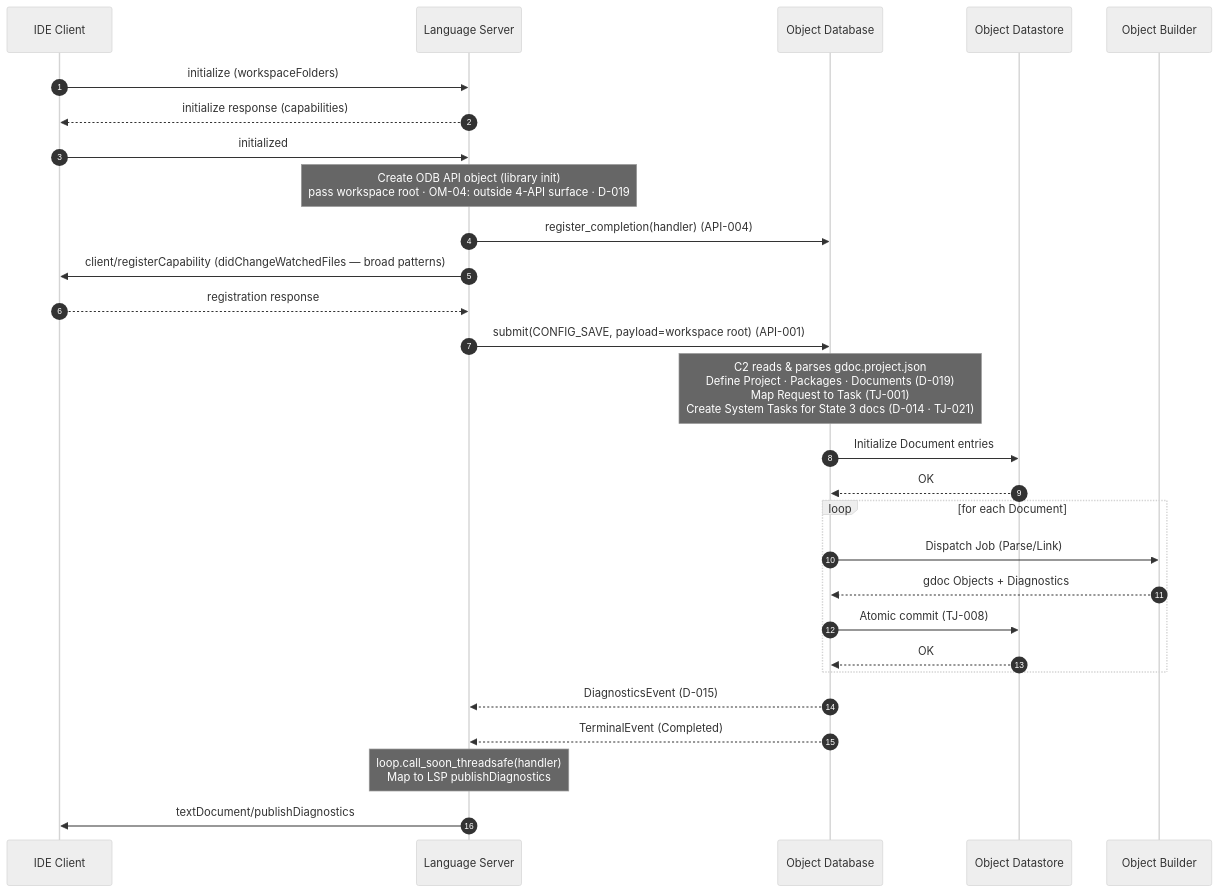
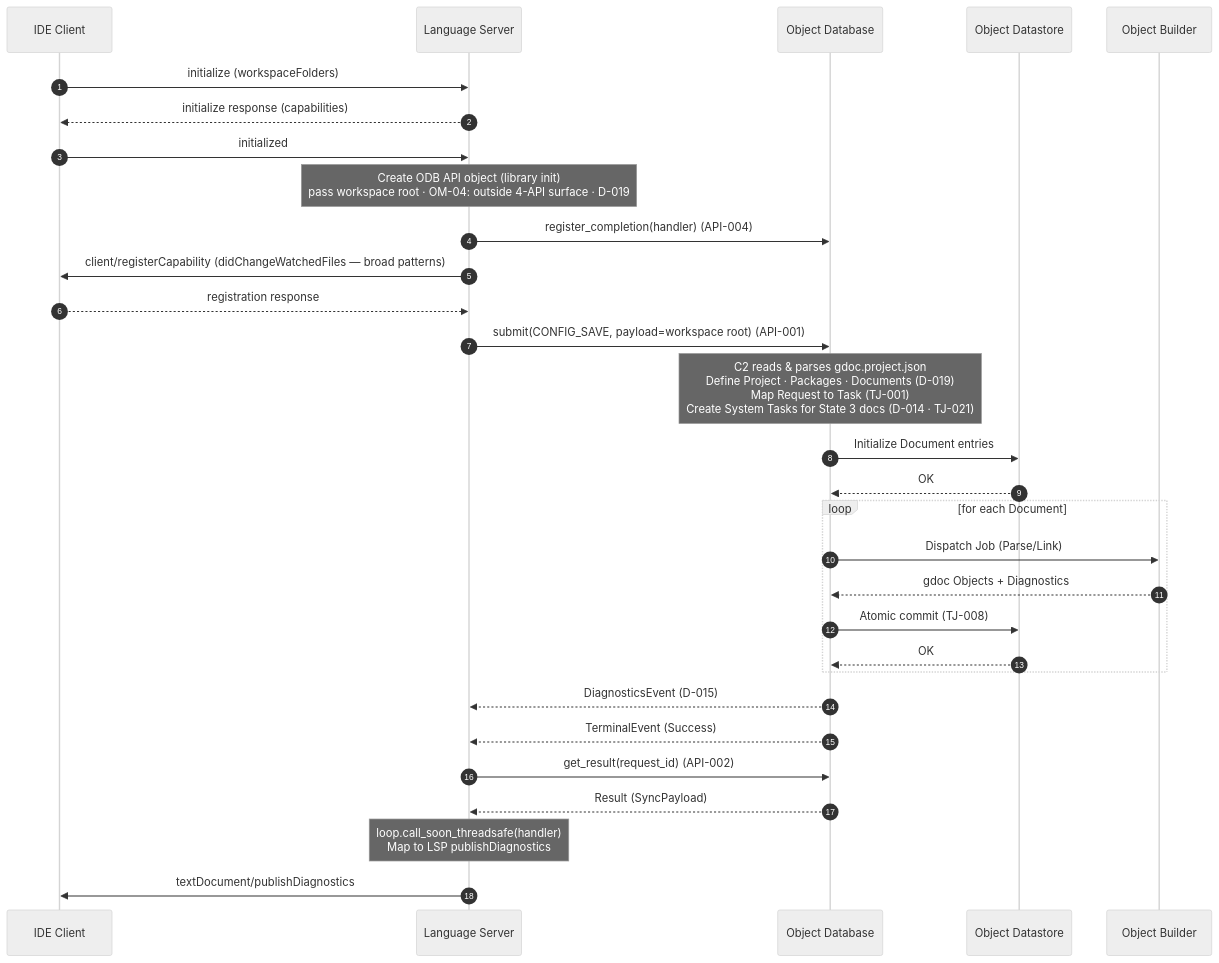
The diagram in docs/architecture/gdocServer/usecases/UC-001_OpenWorkspace.md (tyskdm/gdoc), drawn with Mermaid (neutral theme) before and after one commit. The commit also changed other lines of this file and 4 other files, not shown here.

````diff
--- a/docs/architecture/gdocServer/usecases/UC-001_OpenWorkspace.md
+++ b/docs/architecture/gdocServer/usecases/UC-001_OpenWorkspace.md
@@ -176,31 +184,33 @@
 ```mermaid
 sequenceDiagram
     autonumber
     participant IDE as IDE Client
     participant C1 as Language Server
     participant C2 as Object Database
     participant C3 as Object Datastore
     participant C4 as Object Builder
 
     IDE->>C1: initialize (workspaceFolders)
     C1-->>IDE: initialize response (capabilities)
     IDE->>C1: initialized
     Note over C1: Create ODB API object (library init)<br/>pass workspace root · OM-04: outside 4-API surface · D-019
     C1->>C2: register_completion(handler) (API-004)
     C1->>IDE: client/registerCapability (didChangeWatchedFiles — broad patterns)
     IDE-->>C1: registration response
     C1->>C2: submit(CONFIG_SAVE, payload=workspace root) (API-001)
     Note over C2: C2 reads & parses gdoc.project.json<br/>Define Project · Packages · Documents (D-019)<br/>Map Request to Task (TJ-001)<br/>Create System Tasks for State 3 docs (D-014 · TJ-021)
     C2->>C3: Initialize Document entries
     C3-->>C2: OK
     loop for each Document
         C2->>C4: Dispatch Job (Parse/Link)
         C4-->>C2: gdoc Objects + Diagnostics
         C2->>C3: Atomic commit (TJ-008)
         C3-->>C2: OK
     end
     C2-->>C1: DiagnosticsEvent (D-015)
-    C2-->>C1: TerminalEvent (Completed)
+    C2-->>C1: TerminalEvent (Success)
+    C1->>C2: get_result(request_id) (API-002)
+    C2-->>C1: Result (SyncPayload)
     Note over C1: loop.call_soon_threadsafe(handler)<br/>Map to LSP publishDiagnostics
     C1->>IDE: textDocument/publishDiagnostics
 ```
````
